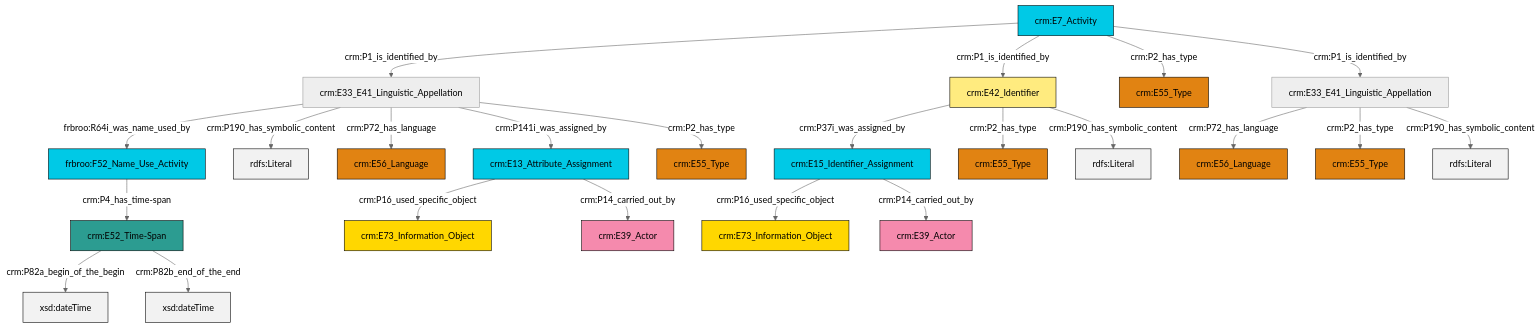
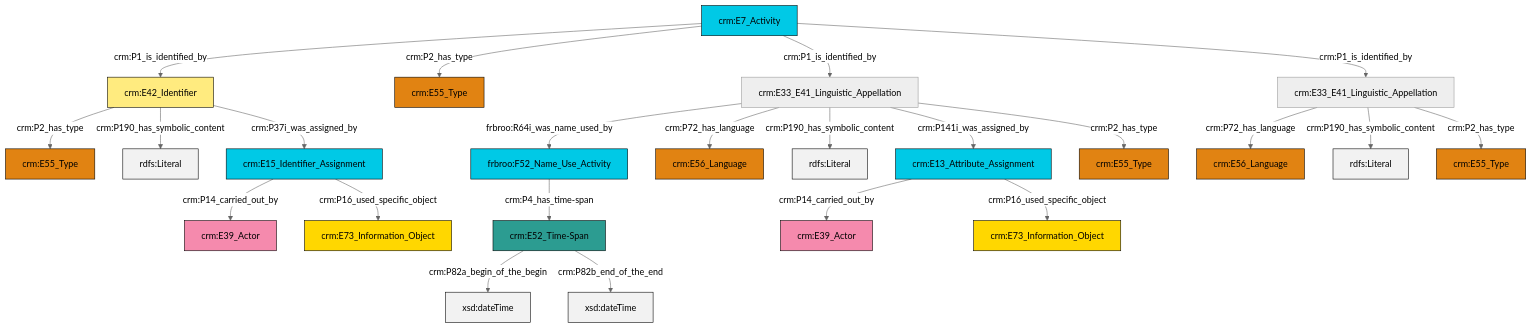
Before and after one commit to swiss-art-research-net/reference-data-models: the diagram in et/eventCSV/ttl/mmd/event_name.ttl.mmd, drawn with Mermaid (neutral theme). The commit also changed 128 other files, not shown here.

```diff
--- a/et/eventCSV/ttl/mmd/event_name.ttl.mmd
+++ b/et/eventCSV/ttl/mmd/event_name.ttl.mmd
@@ -1,37 +1,37 @@
 graph TD
 classDef Literal fill:#f2f2f2,stroke:#000000;
 classDef CRM_Entity fill:#FFFFFF,stroke:#000000;
 classDef Temporal_Entity fill:#00C9E6, stroke:#000000;
 classDef Type fill:#E18312, stroke:#000000;
 classDef Time-Span fill:#2C9C91, stroke:#000000;
 classDef Appellation fill:#FFEB7F, stroke:#000000;
 classDef Place fill:#008836, stroke:#000000;
 classDef Persistent_Item fill:#B266B2, stroke:#000000;
 classDef Conceptual_Object fill:#FFD700, stroke:#000000;
 classDef Physical_Thing fill:#D2B48C, stroke:#000000;
 classDef Actor fill:#f58aad, stroke:#000000;
 classDef PC_Classes fill:#4ce600, stroke:#000000;
 classDef Multi fill:#cccccc,stroke:#000000;
 
-0["crm:E33_E41_Linguistic_Appellation"]:::Default -->|frbroo:R64i_was_name_used_by| 1["frbroo:F52_Name_Use_Activity"]:::Temporal_Entity
-0["crm:E33_E41_Linguistic_Appellation"]:::Default -->|crm:P190_has_symbolic_content| 2[rdfs:Literal]:::Literal
-11["crm:E33_E41_Linguistic_Appellation"]:::Default -->|crm:P72_has_language| 3["crm:E56_Language"]:::Type
-15["crm:E7_Activity"]:::Temporal_Entity -->|crm:P1_is_identified_by| 0["crm:E33_E41_Linguistic_Appellation"]:::Default
-5["crm:E13_Attribute_Assignment"]:::Temporal_Entity -->|crm:P16_used_specific_object| 20["crm:E73_Information_Object"]:::Conceptual_Object
-15["crm:E7_Activity"]:::Temporal_Entity -->|crm:P1_is_identified_by| 23["crm:E42_Identifier"]:::Appellation
-1["frbroo:F52_Name_Use_Activity"]:::Temporal_Entity -->|crm:P4_has_time-span| 27["crm:E52_Time-Span"]:::Time-Span
-23["crm:E42_Identifier"]:::Appellation -->|crm:P37i_was_assigned_by| 18["crm:E15_Identifier_Assignment"]:::Temporal_Entity
-27["crm:E52_Time-Span"]:::Time-Span -->|crm:P82a_begin_of_the_begin| 35[xsd:dateTime]:::Literal
-18["crm:E15_Identifier_Assignment"]:::Temporal_Entity -->|crm:P16_used_specific_object| 7["crm:E73_Information_Object"]:::Conceptual_Object
-23["crm:E42_Identifier"]:::Appellation -->|crm:P2_has_type| 24["crm:E55_Type"]:::Type
-23["crm:E42_Identifier"]:::Appellation -->|crm:P190_has_symbolic_content| 37[rdfs:Literal]:::Literal
-0["crm:E33_E41_Linguistic_Appellation"]:::Default -->|crm:P72_has_language| 9["crm:E56_Language"]:::Type
-15["crm:E7_Activity"]:::Temporal_Entity -->|crm:P2_has_type| 16["crm:E55_Type"]:::Type
-15["crm:E7_Activity"]:::Temporal_Entity -->|crm:P1_is_identified_by| 11["crm:E33_E41_Linguistic_Appellation"]:::Default
-18["crm:E15_Identifier_Assignment"]:::Temporal_Entity -->|crm:P14_carried_out_by| 29["crm:E39_Actor"]:::Actor
-11["crm:E33_E41_Linguistic_Appellation"]:::Default -->|crm:P2_has_type| 13["crm:E55_Type"]:::Type
-5["crm:E13_Attribute_Assignment"]:::Temporal_Entity -->|crm:P14_carried_out_by| 31["crm:E39_Actor"]:::Actor
-11["crm:E33_E41_Linguistic_Appellation"]:::Default -->|crm:P190_has_symbolic_content| 40[rdfs:Literal]:::Literal
-0["crm:E33_E41_Linguistic_Appellation"]:::Default -->|crm:P141i_was_assigned_by| 5["crm:E13_Attribute_Assignment"]:::Temporal_Entity
-0["crm:E33_E41_Linguistic_Appellation"]:::Default -->|crm:P2_has_type| 33["crm:E55_Type"]:::Type
-27["crm:E52_Time-Span"]:::Time-Span -->|crm:P82b_end_of_the_end| 41[xsd:dateTime]:::Literal
+2["crm:E33_E41_Linguistic_Appellation"]:::Default -->|frbroo:R64i_was_name_used_by| 3["frbroo:F52_Name_Use_Activity"]:::Temporal_Entity
+3["frbroo:F52_Name_Use_Activity"]:::Temporal_Entity -->|crm:P4_has_time-span| 6["crm:E52_Time-Span"]:::Time-Span
+11["crm:E13_Attribute_Assignment"]:::Temporal_Entity -->|crm:P14_carried_out_by| 0["crm:E39_Actor"]:::Actor
+15["crm:E33_E41_Linguistic_Appellation"]:::Default -->|crm:P72_has_language| 16["crm:E56_Language"]:::Type
+2["crm:E33_E41_Linguistic_Appellation"]:::Default -->|crm:P72_has_language| 7["crm:E56_Language"]:::Type
+11["crm:E13_Attribute_Assignment"]:::Temporal_Entity -->|crm:P16_used_specific_object| 4["crm:E73_Information_Object"]:::Conceptual_Object
+20["crm:E7_Activity"]:::Temporal_Entity -->|crm:P1_is_identified_by| 21["crm:E42_Identifier"]:::Appellation
+20["crm:E7_Activity"]:::Temporal_Entity -->|crm:P2_has_type| 29["crm:E55_Type"]:::Type
+6["crm:E52_Time-Span"]:::Time-Span -->|crm:P82a_begin_of_the_begin| 30[xsd:dateTime]:::Literal
+2["crm:E33_E41_Linguistic_Appellation"]:::Default -->|crm:P190_has_symbolic_content| 31[rdfs:Literal]:::Literal
+15["crm:E33_E41_Linguistic_Appellation"]:::Default -->|crm:P190_has_symbolic_content| 34[rdfs:Literal]:::Literal
+2["crm:E33_E41_Linguistic_Appellation"]:::Default -->|crm:P141i_was_assigned_by| 11["crm:E13_Attribute_Assignment"]:::Temporal_Entity
+6["crm:E52_Time-Span"]:::Time-Span -->|crm:P82b_end_of_the_end| 35[xsd:dateTime]:::Literal
+24["crm:E15_Identifier_Assignment"]:::Temporal_Entity -->|crm:P14_carried_out_by| 32["crm:E39_Actor"]:::Actor
+15["crm:E33_E41_Linguistic_Appellation"]:::Default -->|crm:P2_has_type| 18["crm:E55_Type"]:::Type
+20["crm:E7_Activity"]:::Temporal_Entity -->|crm:P1_is_identified_by| 2["crm:E33_E41_Linguistic_Appellation"]:::Default
+24["crm:E15_Identifier_Assignment"]:::Temporal_Entity -->|crm:P16_used_specific_object| 12["crm:E73_Information_Object"]:::Conceptual_Object
+21["crm:E42_Identifier"]:::Appellation -->|crm:P2_has_type| 37["crm:E55_Type"]:::Type
+20["crm:E7_Activity"]:::Temporal_Entity -->|crm:P1_is_identified_by| 15["crm:E33_E41_Linguistic_Appellation"]:::Default
+21["crm:E42_Identifier"]:::Appellation -->|crm:P190_has_symbolic_content| 41[rdfs:Literal]:::Literal
+21["crm:E42_Identifier"]:::Appellation -->|crm:P37i_was_assigned_by| 24["crm:E15_Identifier_Assignment"]:::Temporal_Entity
+2["crm:E33_E41_Linguistic_Appellation"]:::Default -->|crm:P2_has_type| 9["crm:E55_Type"]:::Type
```
